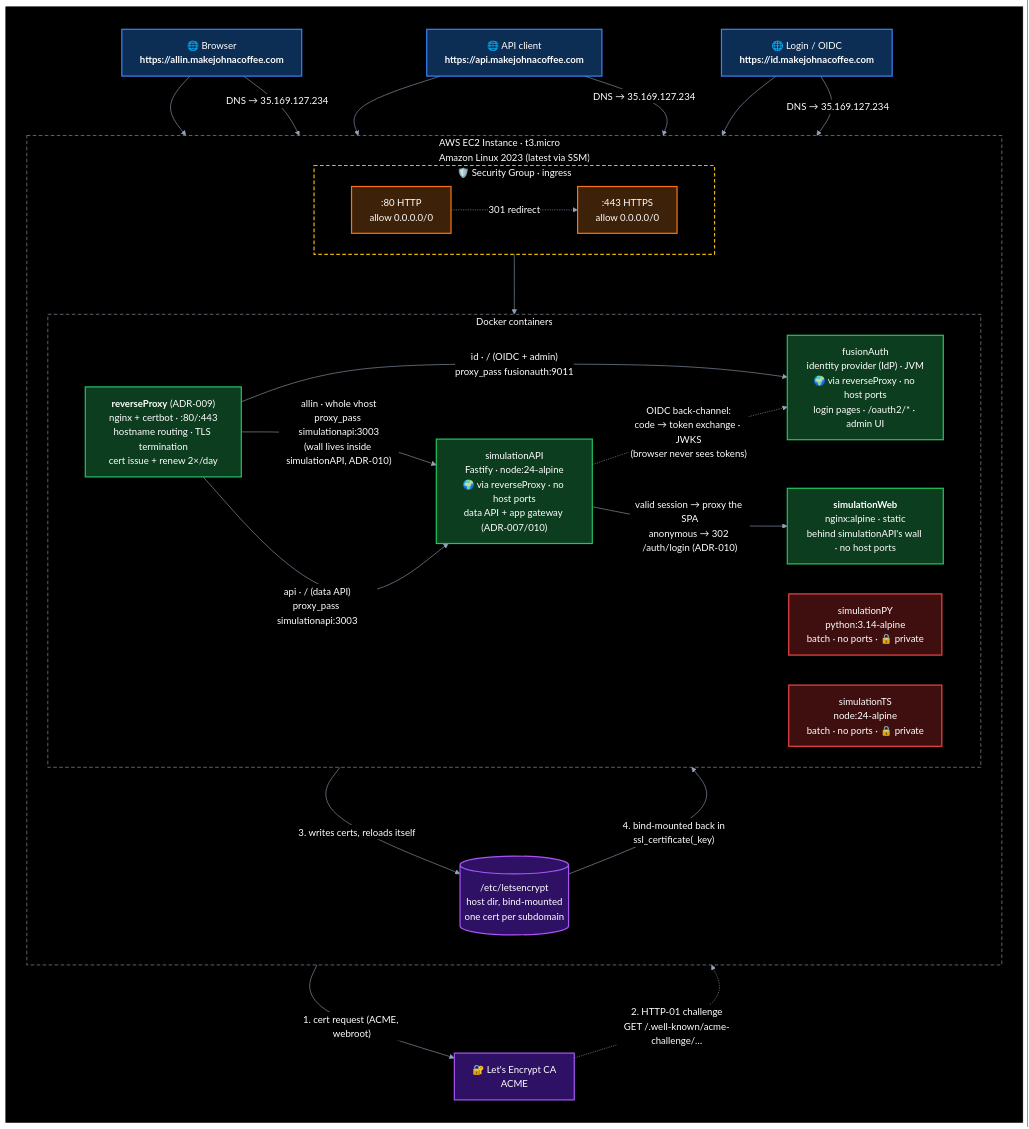
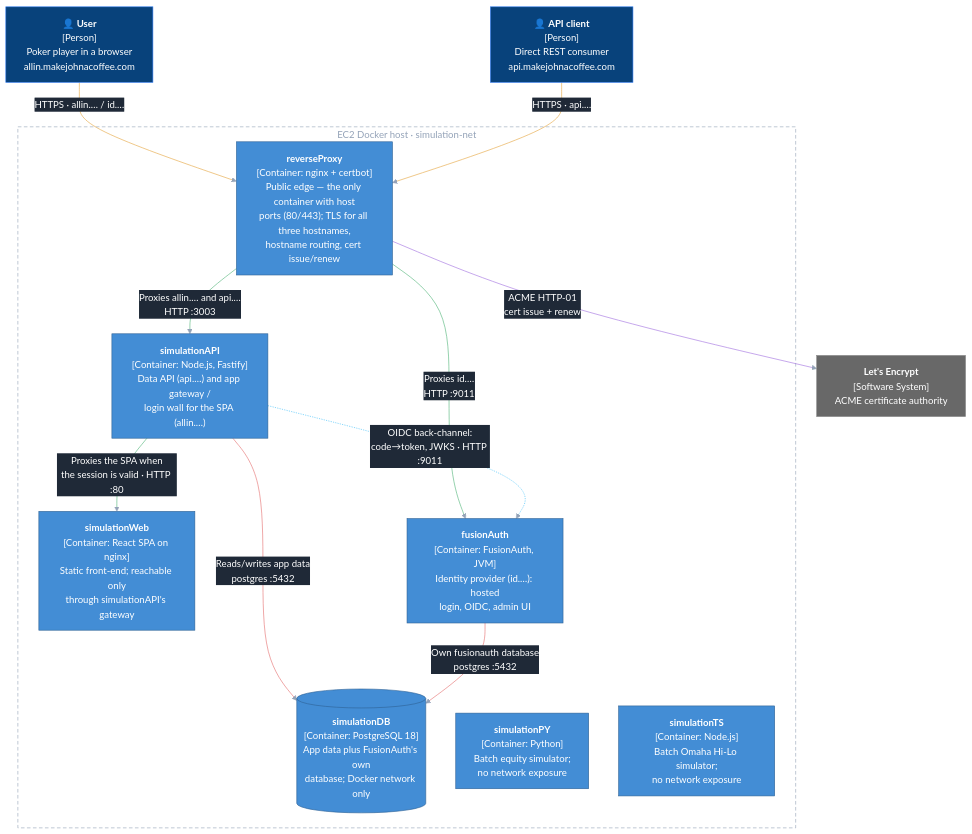
One commit to jbframe/big-equity changed the diagram in README.md. Above: the diagram before and after it, drawn with Mermaid. The commit also changed other lines of this file, not shown here.

Commit message:
Update README: describe simulation-net, drop ADR references

````diff
--- a/README.md
+++ b/README.md
@@ -40,72 +53,42 @@
 ```mermaid
-%%{init: {'themeVariables': {'edgeLabelBackground': '#000000'}}}%%
-graph TD
-    subgraph BG[" "]
-    direction TB
-    Client["🌐 Browser<br/><b>https://allin.makejohnacoffee.com</b>"]
-    APIClient["🌐 API client<br/><b>https://api.makejohnacoffee.com</b>"]
-    AuthClient["🌐 Login / OIDC<br/><b>https://id.makejohnacoffee.com</b>"]
-    LE["🔐 Let's Encrypt CA<br/>ACME"]
+%%{init: {'themeVariables': {'edgeLabelBackground': '#1f2937'}}}%%
+graph TB
+    User["👤 <b>User</b><br/>[Person]<br/>Poker player in a browser<br/>allin.makejohnacoffee.com"]
+    APIClient["👤 <b>API client</b><br/>[Person]<br/>Direct REST consumer<br/>api.makejohnacoffee.com"]
+    LE["<b>Let's Encrypt</b><br/>[Software System]<br/>ACME certificate authority"]
 
-    Client --> Port80
-    Client -- "DNS → 35.169.127.234" --> Port443
-    APIClient --> Port80
-    APIClient -- "DNS → 35.169.127.234" --> Port443
-    AuthClient --> Port80
-    AuthClient -- "DNS → 35.169.127.234" --> Port443
-
-    subgraph EC2["AWS EC2 Instance · t3.micro<br/>Amazon Linux 2023 (latest via SSM)"]
-        direction TB
-
-        subgraph SG["🛡️ Security Group · ingress"]
-            direction LR
-            Port80[":80 HTTP<br/>allow 0.0.0.0/0"]
-            Port443[":443 HTTPS<br/>allow 0.0.0.0/0"]
-        end
-        Port80 -. "301 redirect" .-> Port443
-
-        Certs[("/etc/letsencrypt<br/>host dir, bind-mounted<br/>one cert per subdomain")]
-
-        subgraph Docker["Docker containers"]
-            direction LR
-            Nginx["<b>reverseProxy</b> (ADR-009)<br/>nginx + certbot · :80/:443<br/>hostname routing · TLS termination<br/>cert issue + renew 2×/day"]
-            Web["<b>simulationWeb</b><br/>nginx:alpine · static<br/>behind simulationAPI's wall · no host ports"]
-            API["simulationAPI<br/>Fastify · node:24-alpine<br/>🌍 via reverseProxy · no host ports<br/>data API + app gateway (ADR-007/010)"]
-            PY["simulationPY<br/>python:3.14-alpine<br/>batch · no ports · 🔒 private"]
-            TS["simulationTS<br/>node:24-alpine<br/>batch · no ports · 🔒 private"]
-            Auth["fusionAuth<br/>identity provider (IdP) · JVM<br/>🌍 via reverseProxy · no host ports<br/>login pages · /oauth2/* · admin UI"]
-        end
-
-        Port443 --> Nginx
-        Nginx -- "allin · whole vhost<br/>proxy_pass simulationapi:3003<br/>(wall lives inside simulationAPI, ADR-010)" --> API
-        Nginx -- "api · / (data API)<br/>proxy_pass simulationapi:3003" --> API
-        Nginx -- "id · / (OIDC + admin)<br/>proxy_pass fusionauth:9011" --> Auth
-        API -- "valid session → proxy the SPA<br/>anonymous → 302 /auth/login (ADR-010)" --> Web
-        API -. "OIDC back-channel:<br/>code → token exchange · JWKS<br/>(browser never sees tokens)" .-> Auth
+    subgraph EC2["EC2 Docker host · simulation-net"]
+        Proxy["<b>reverseProxy</b><br/>[Container: nginx + certbot]<br/>Public edge — the only container with host<br/>ports (80/443); TLS for all three hostnames,<br/>hostname routing, cert issue/renew"]
+        API["<b>simulationAPI</b><br/>[Container: Node.js, Fastify]<br/>Data API (api.…) and app gateway /<br/>login wall for the SPA (allin.…)"]
+        Web["<b>simulationWeb</b><br/>[Container: React SPA on nginx]<br/>Static front-end; reachable only<br/>through simulationAPI's gateway"]
+        Auth["<b>fusionAuth</b><br/>[Container: FusionAuth, JVM]<br/>Identity provider (id.…): hosted<br/>login, OIDC, admin UI"]
+        DB[("<b>simulationDB</b><br/>[Container: PostgreSQL 18]<br/>App data plus FusionAuth's own<br/>database; Docker network only")]
+        PY["<b>simulationPY</b><br/>[Container: Python]<br/>Batch equity simulator;<br/>no network exposure"]
+        TS["<b>simulationTS</b><br/>[Container: Node.js]<br/>Batch Omaha Hi-Lo simulator;<br/>no network exposure"]
     end
 
-    Nginx -- "1. cert request (ACME, webroot)" --> LE
-    LE -. "2. HTTP-01 challenge<br/>GET /.well-known/acme-challenge/…" .-> Port80
-    Nginx -- "3. writes certs, reloads itself" --> Certs
-    Certs -- "4. bind-mounted back in<br/>ssl_certificate(_key)" --> Nginx
-    end
+    User -- "HTTPS · allin.… / id.…" --> Proxy
+    APIClient -- "HTTPS · api.…" --> Proxy
+    Proxy -- "ACME HTTP-01<br/>cert issue + renew" --> LE
+    Proxy -- "Proxies allin.… and api.…<br/>HTTP :3003" --> API
+    Proxy -- "Proxies id.…<br/>HTTP :9011" --> Auth
+    API -- "Proxies the SPA when<br/>the session is valid · HTTP :80" --> Web
+    API -. "OIDC back-channel:<br/>code→token, JWKS · HTTP :9011" .-> Auth
+    API -- "Reads/writes app data<br/>postgres :5432" --> DB
+    Auth -- "Own fusionauth database<br/>postgres :5432" --> DB
 
-    style BG fill:#000000,stroke:#000000
-    style Client fill:#0c2d54,stroke:#3b82f6,stroke-width:2px,color:#ffffff
-    style APIClient fill:#0c2d54,stroke:#3b82f6,stroke-width:2px,color:#ffffff
-    style AuthClient fill:#0c2d54,stroke:#3b82f6,stroke-width:2px,color:#ffffff
-    style LE fill:#2e1065,stroke:#a855f7,stroke-width:2px,color:#ffffff
-    style Port80 fill:#3d2109,stroke:#f97316,stroke-width:2px,color:#ffffff
-    style Port443 fill:#3d2109,stroke:#f97316,stroke-width:2px,color:#ffffff
-    style Nginx fill:#0c3d1f,stroke:#22c55e,stroke-width:2px,color:#ffffff
-    style Web fill:#0c3d1f,stroke:#22c55e,stroke-width:2px,color:#ffffff
-    style API fill:#0c3d1f,stroke:#22c55e,stroke-width:2px,color:#ffffff
-    style Auth fill:#0c3d1f,stroke:#22c55e,stroke-width:2px,color:#ffffff
-    style PY fill:#3f0f0f,stroke:#ef4444,stroke-width:2px,color:#ffffff
-    style TS fill:#3f0f0f,stroke:#ef4444,stroke-width:2px,color:#ffffff
-    style Certs fill:#2e1065,stroke:#a855f7,stroke-width:2px,color:#ffffff
-    style EC2 fill:transparent,stroke:#94a3b8,stroke-dasharray:6 4,color:#ffffff
-    style SG fill:transparent,stroke:#eab308,stroke-dasharray:6 4,stroke-width:2px,color:#ffffff
-    style Docker fill:transparent,stroke:#94a3b8,stroke-dasharray:6 4,color:#ffffff
+    classDef person fill:#08427b,stroke:#3b82f6,color:#ffffff
+    classDef container fill:#438dd5,stroke:#2e6295,color:#ffffff
+    classDef external fill:#686868,stroke:#8a8a8a,color:#ffffff
+    class User,APIClient person
+    class Proxy,API,Web,Auth,DB,PY,TS container
+    class LE external
+    style EC2 fill:transparent,stroke:#94a3b8,stroke-dasharray:6 4,color:#94a3b8
+
     linkStyle default stroke:#94a3b8,color:#ffffff
+    linkStyle 0,1 stroke:#e4a33c
+    linkStyle 2 stroke:#a06ee0
+    linkStyle 3,4,5 stroke:#4fb477
+    linkStyle 6 stroke:#38bdf8
+    linkStyle 7,8 stroke:#e46e6e
 ```
````
